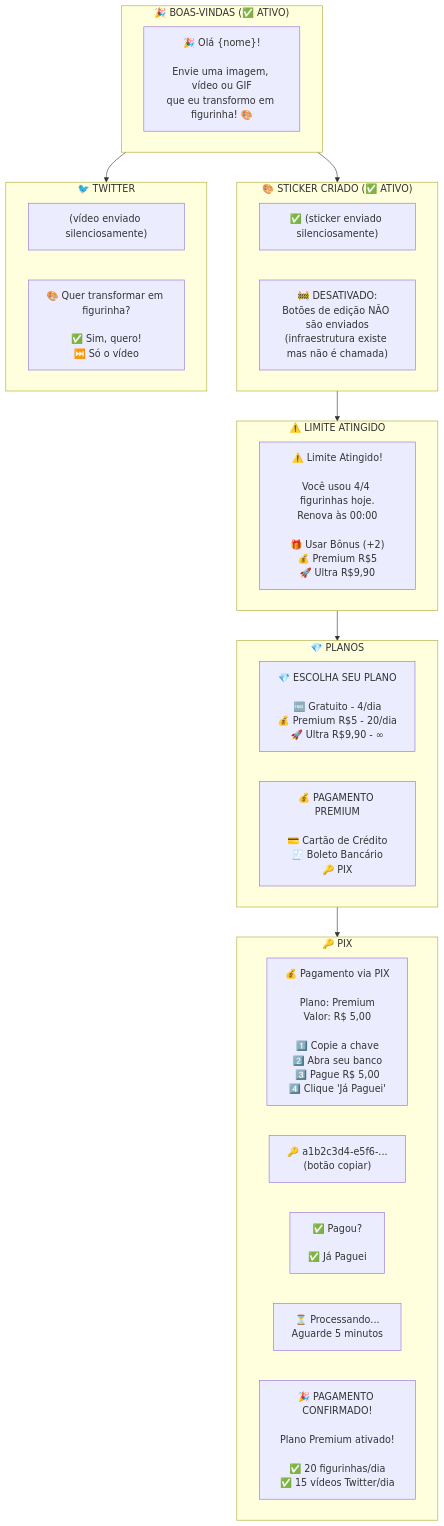
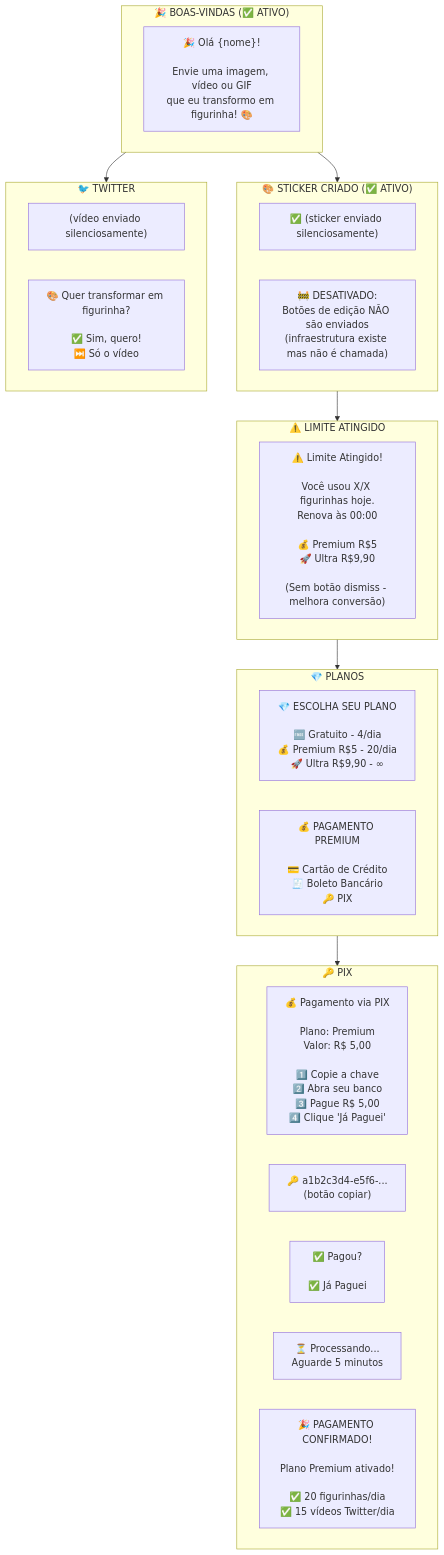
The seventh of 24 diagrams in docs/architecture/FLOWCHARTS.md (reisspaulo/sticker), drawn with Mermaid before and after one commit. The commit also changed 1 other file, not shown here.

Commit message:
fix: remove dismiss button from upgrade menu to improve conversion
- Remove "Agora Não" / "Nenhum" button from limit reached menu
- User now only sees Premium and Ultra options
- If user doesn't want to upgrade, they simply ignore the message
- Remove unused hasPendingReminder import
- Update FLOWCHARTS.md to reflect change

This change aims to improve conversion by removing the easy exit option.

````diff
--- a/docs/architecture/FLOWCHARTS.md
+++ b/docs/architecture/FLOWCHARTS.md
@@ -386,39 +386,39 @@
 ```mermaid
 flowchart TB
     subgraph welcome["🎉 BOAS-VINDAS (✅ ATIVO)"]
         W1["🎉 Olá {nome}!<br/><br/>Envie uma imagem, vídeo ou GIF<br/>que eu transformo em figurinha! 🎨"]
     end
 
     subgraph sticker["🎨 STICKER CRIADO (✅ ATIVO)"]
         S1["✅ (sticker enviado silenciosamente)"]
         S2["🚧 DESATIVADO:<br/>Botões de edição NÃO são enviados<br/>(infraestrutura existe mas não é chamada)"]
     end
 
     subgraph limit["⚠️ LIMITE ATINGIDO"]
-        L1["⚠️ Limite Atingido!<br/><br/>Você usou 4/4 figurinhas hoje.<br/>Renova às 00:00<br/><br/>🎁 Usar Bônus (+2)<br/>💰 Premium R$5<br/>🚀 Ultra R$9,90"]
+        L1["⚠️ Limite Atingido!<br/><br/>Você usou X/X figurinhas hoje.<br/>Renova às 00:00<br/><br/>💰 Premium R$5<br/>🚀 Ultra R$9,90<br/><br/>(Sem botão dismiss - melhora conversão)"]
     end
 
     subgraph plans["💎 PLANOS"]
         P1["💎 ESCOLHA SEU PLANO<br/><br/>🆓 Gratuito - 4/dia<br/>💰 Premium R$5 - 20/dia<br/>🚀 Ultra R$9,90 - ∞"]
         P2["💰 PAGAMENTO PREMIUM<br/><br/>💳 Cartão de Crédito<br/>🧾 Boleto Bancário<br/>🔑 PIX"]
     end
 
     subgraph pix["🔑 PIX"]
         PX1["💰 Pagamento via PIX<br/><br/>Plano: Premium<br/>Valor: R$ 5,00<br/><br/>1️⃣ Copie a chave<br/>2️⃣ Abra seu banco<br/>3️⃣ Pague R$ 5,00<br/>4️⃣ Clique 'Já Paguei'"]
         PX2["🔑 a1b2c3d4-e5f6-...<br/>(botão copiar)"]
         PX3["✅ Pagou?<br/><br/>✅ Já Paguei"]
         PX4["⏳ Processando...<br/>Aguarde 5 minutos"]
         PX5["🎉 PAGAMENTO CONFIRMADO!<br/><br/>Plano Premium ativado!<br/><br/>✅ 20 figurinhas/dia<br/>✅ 15 vídeos Twitter/dia"]
     end
 
     subgraph twitter["🐦 TWITTER"]
         T1["(vídeo enviado silenciosamente)"]
         T2["🎨 Quer transformar em figurinha?<br/><br/>✅ Sim, quero!<br/>⏭️ Só o vídeo"]
     end
 
     welcome --> sticker
     sticker --> limit
     limit --> plans
     plans --> pix
     welcome --> twitter
 ```
````
